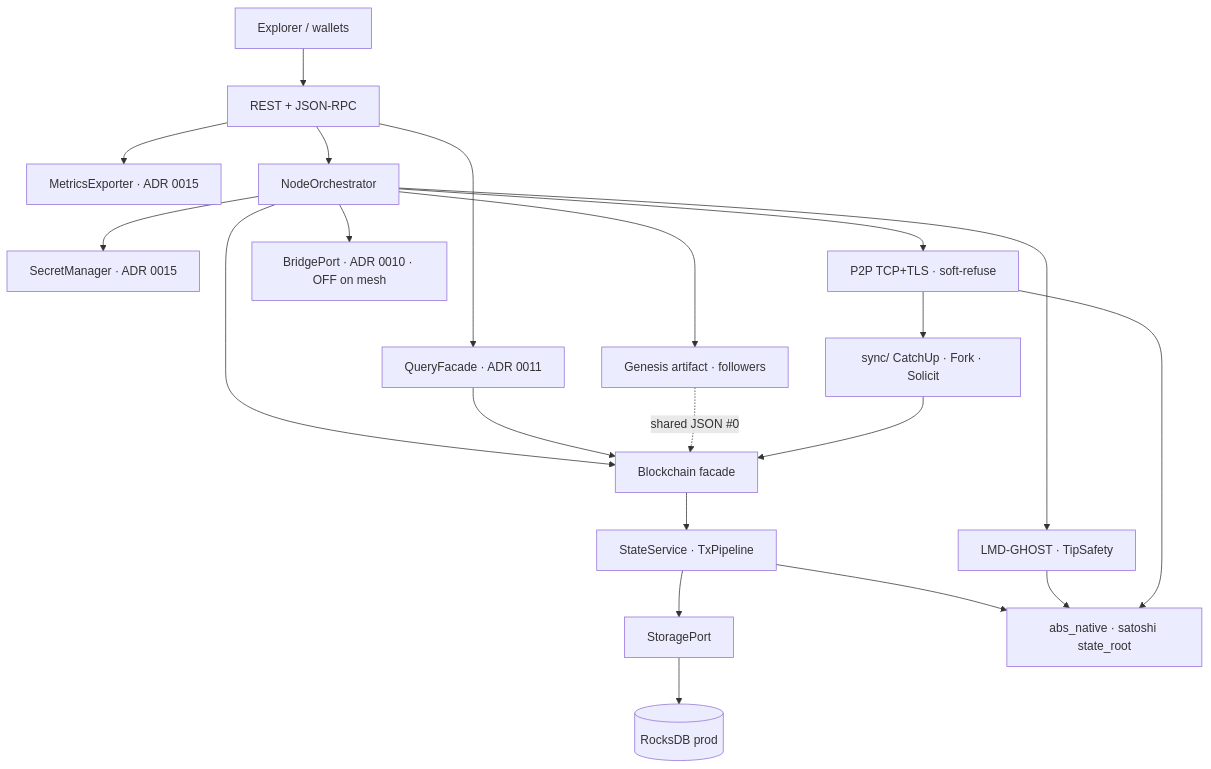
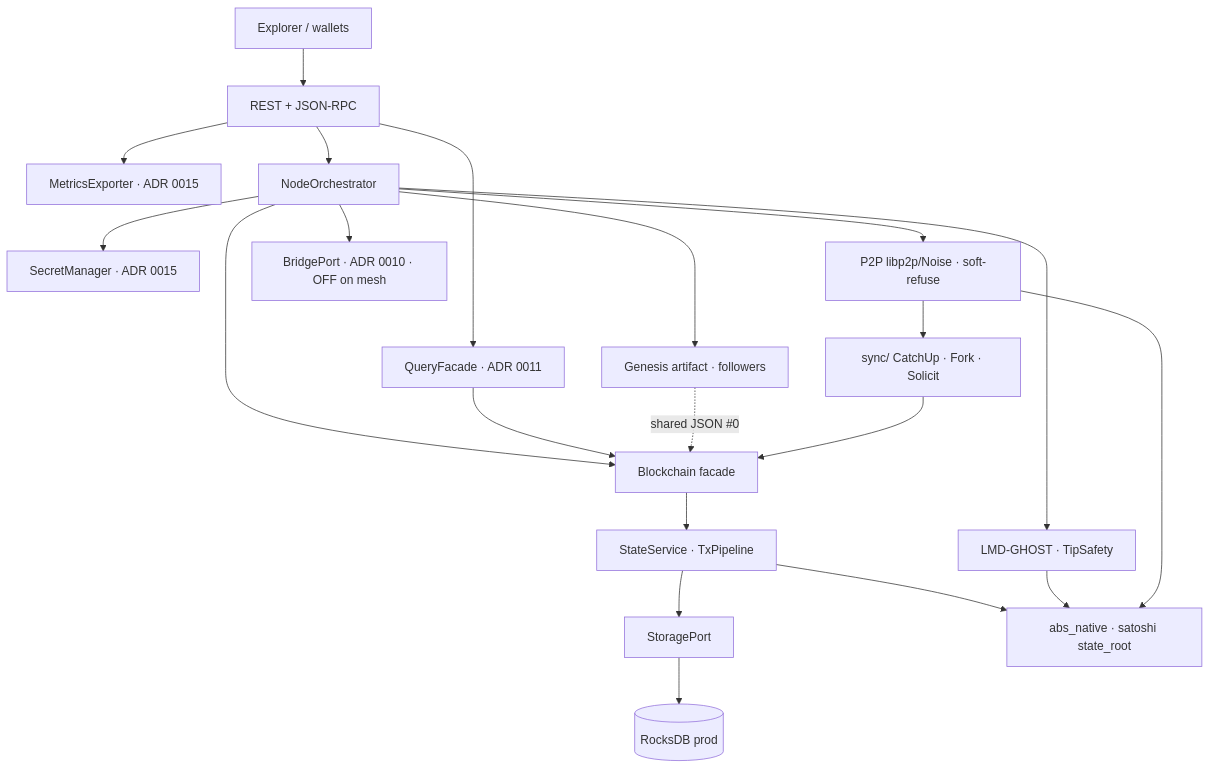
The diagram in README.md (Gruver87/dup-protocol), drawn with Mermaid before and after one commit. The commit also changed other lines of this file and 10 other files, not shown here.

````diff
--- a/README.md
+++ b/README.md
@@ -91,23 +92,23 @@
 ```mermaid
 flowchart TB
   EX["Explorer / wallets"] --> API["REST + JSON-RPC"]
   API --> QF["QueryFacade · ADR 0011"]
   API --> MET["MetricsExporter · ADR 0015"]
   API --> ORCH["NodeOrchestrator"]
   ORCH --> SM["SecretManager · ADR 0015"]
-  ORCH --> P2P["P2P TCP+TLS · soft-refuse"]
+  ORCH --> P2P["P2P libp2p/Noise · soft-refuse"]
   ORCH --> CONS["LMD-GHOST · TipSafety"]
   ORCH --> BC["Blockchain facade"]
   ORCH --> BR["BridgePort · ADR 0010 · OFF on mesh"]
   ORCH --> GEN["Genesis artifact · followers"]
   QF --> BC
   P2P --> SYNC["sync/ CatchUp · Fork · Solicit"]
   GEN -.->|shared JSON #0| BC
   SYNC --> BC
   BC --> SS["StateService · TxPipeline"]
   SS --> SP["StoragePort"]
   SP --> ROCKS[("RocksDB prod")]
   SS --> RUST["abs_native · satoshi state_root"]
   CONS --> RUST
   P2P --> RUST
 ```
````
